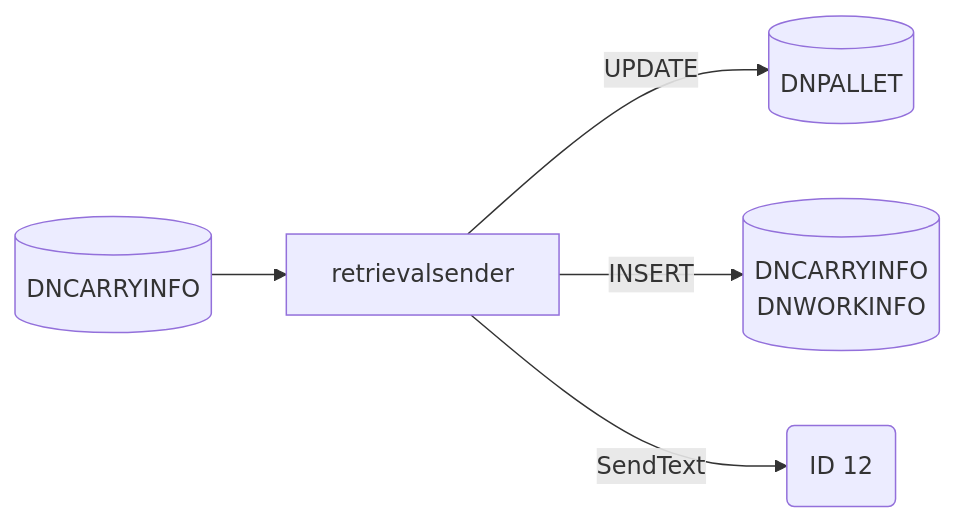
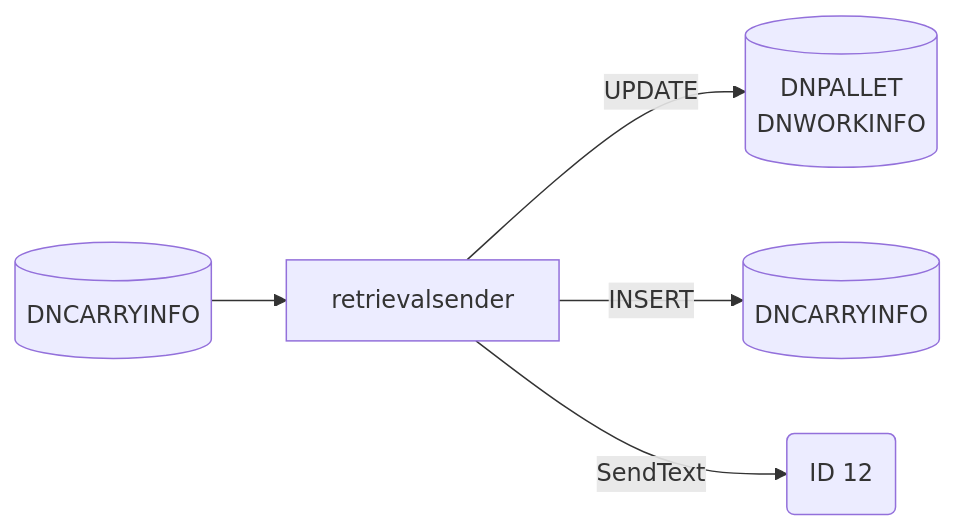
One commit to luthfiadityaa/SimeDarby-Wiki changed the fifth of 17 diagrams in Basic-Design/DFD-WMS/Retrieval/QC-Setting/Retrieval-for-QC-Start.md. Above: the diagram before and after it, drawn with Mermaid. The commit also changed other lines of this file, not shown here.

```diff
--- a/Basic-Design/DFD-WMS/Retrieval/QC-Setting/Retrieval-for-QC-Start.md
+++ b/Basic-Design/DFD-WMS/Retrieval/QC-Setting/Retrieval-for-QC-Start.md
@@ -228,24 +228,24 @@
 ::: mermaid
 flowchart LR
 
 retrievalsender-input[("
 DNCARRYINFO
 ")]
 
 retrievalsender-update[("
 DNPALLET
+DNWORKINFO
 ")]
 
 retrievalsender-insert[("
 DNCARRYINFO
-DNWORKINFO
 ")]
 
 id12msg("
 ID 12
 ")
 
 retrievalsender-input-->retrievalsender--> |UPDATE| retrievalsender-update
 retrievalsender--> |INSERT| retrievalsender-insert
 retrievalsender--> |SendText| id12msg
 :::
```
